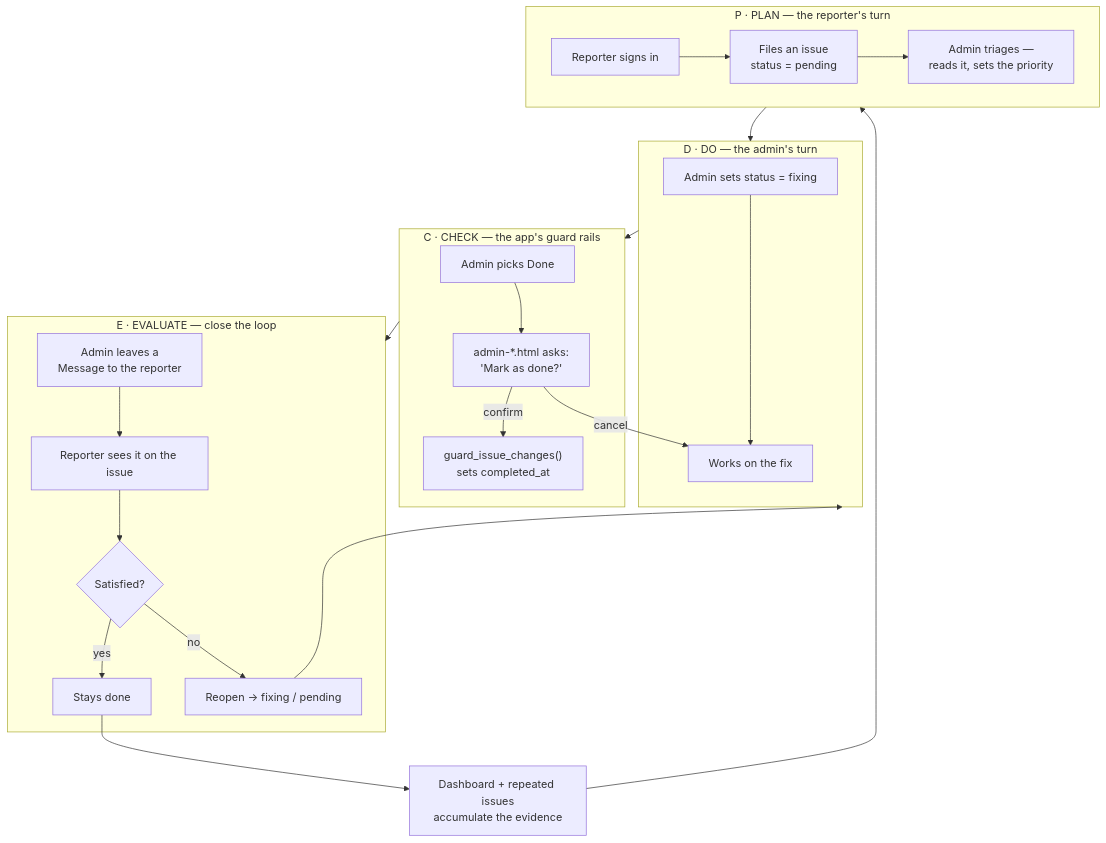
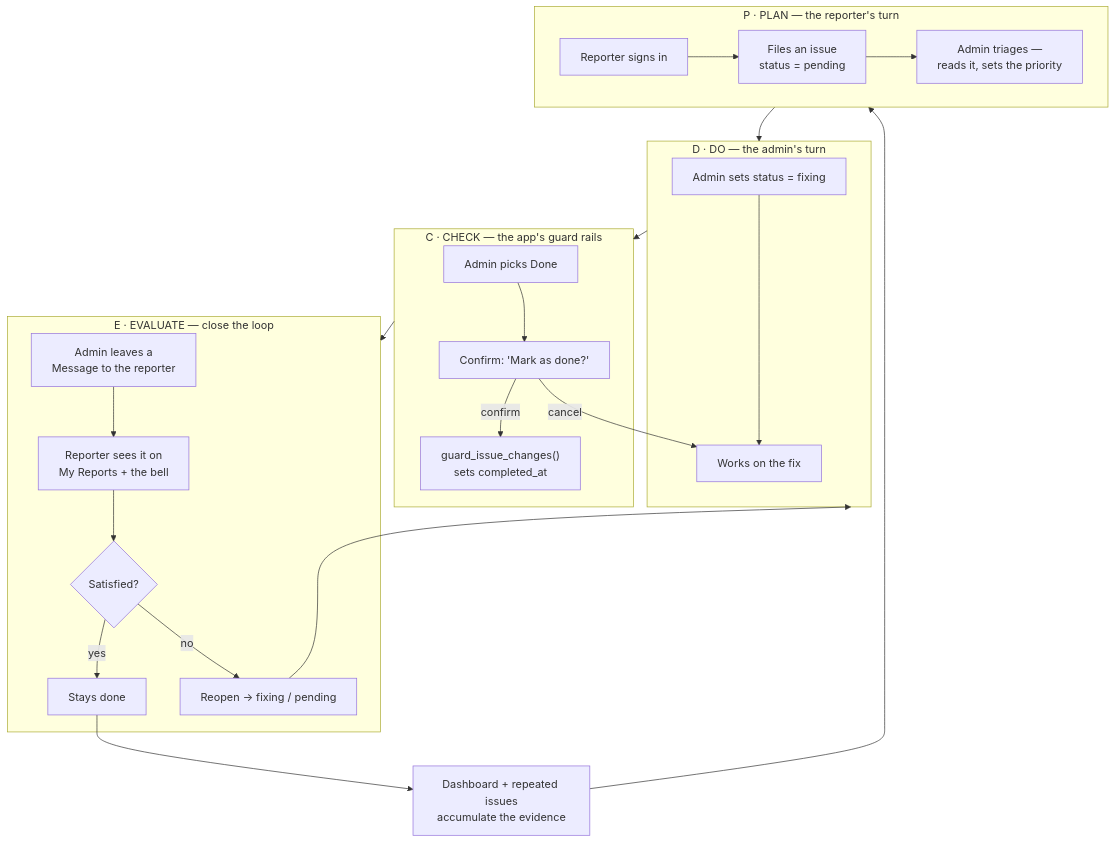
Diagram 14 of 15 in ARCHITECTURE.md (rawrmeo/issue-tracker), drawn with Mermaid before and after one commit. The commit also changed other lines of this file and 5 other files, not shown here.

````diff
--- a/ARCHITECTURE.md
+++ b/ARCHITECTURE.md
@@ -328,29 +420,29 @@
 ```mermaid
 flowchart TD
   subgraph PLAN["P · PLAN — the reporter's turn"]
     A1["Reporter signs in"] --> A2["Files an issue<br/>status = pending"]
     A2 --> A3["Admin triages —<br/>reads it, sets the priority"]
   end
 
   subgraph DO["D · DO — the admin's turn"]
     B1["Admin sets status = fixing"] --> B2["Works on the fix"]
   end
 
   subgraph CHECK["C · CHECK — the app's guard rails"]
-    C1["Admin picks Done"] --> C2["admin-*.html asks:<br/>'Mark as done?'"]
+    C1["Admin picks Done"] --> C2["Confirm: 'Mark as done?'"]
     C2 -->|cancel| B2
     C2 -->|confirm| C3["guard_issue_changes()<br/>sets completed_at"]
   end
 
   subgraph EVAL["E · EVALUATE — close the loop"]
-    D1["Admin leaves a<br/>Message to the reporter"] --> D2["Reporter sees it on the issue"]
+    D1["Admin leaves a<br/>Message to the reporter"] --> D2["Reporter sees it on<br/>My Reports + the bell"]
     D2 --> D3{"Satisfied?"}
     D3 -->|yes| D4["Stays done"]
     D3 -->|no| D5["Reopen → fixing / pending"]
   end
 
   PLAN --> DO --> CHECK --> EVAL
   D5 --> DO
   D4 --> STATS["Dashboard + repeated issues<br/>accumulate the evidence"]
   STATS --> PLAN
 ```
````
